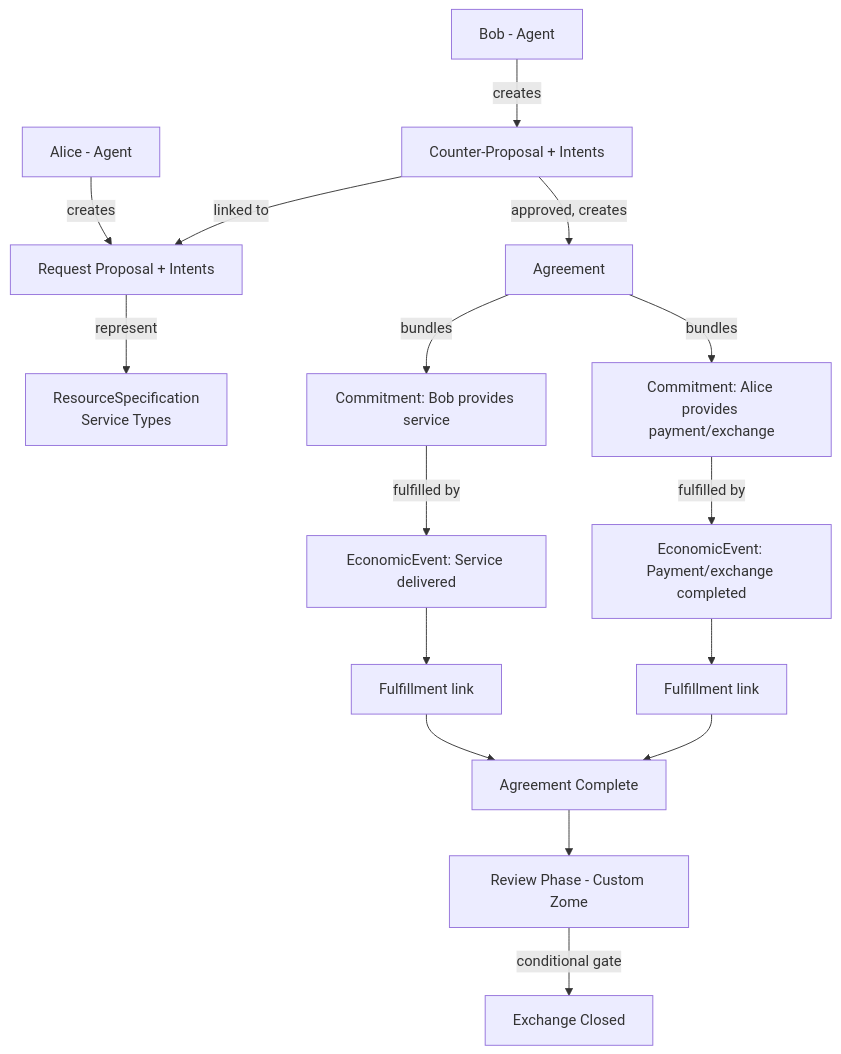
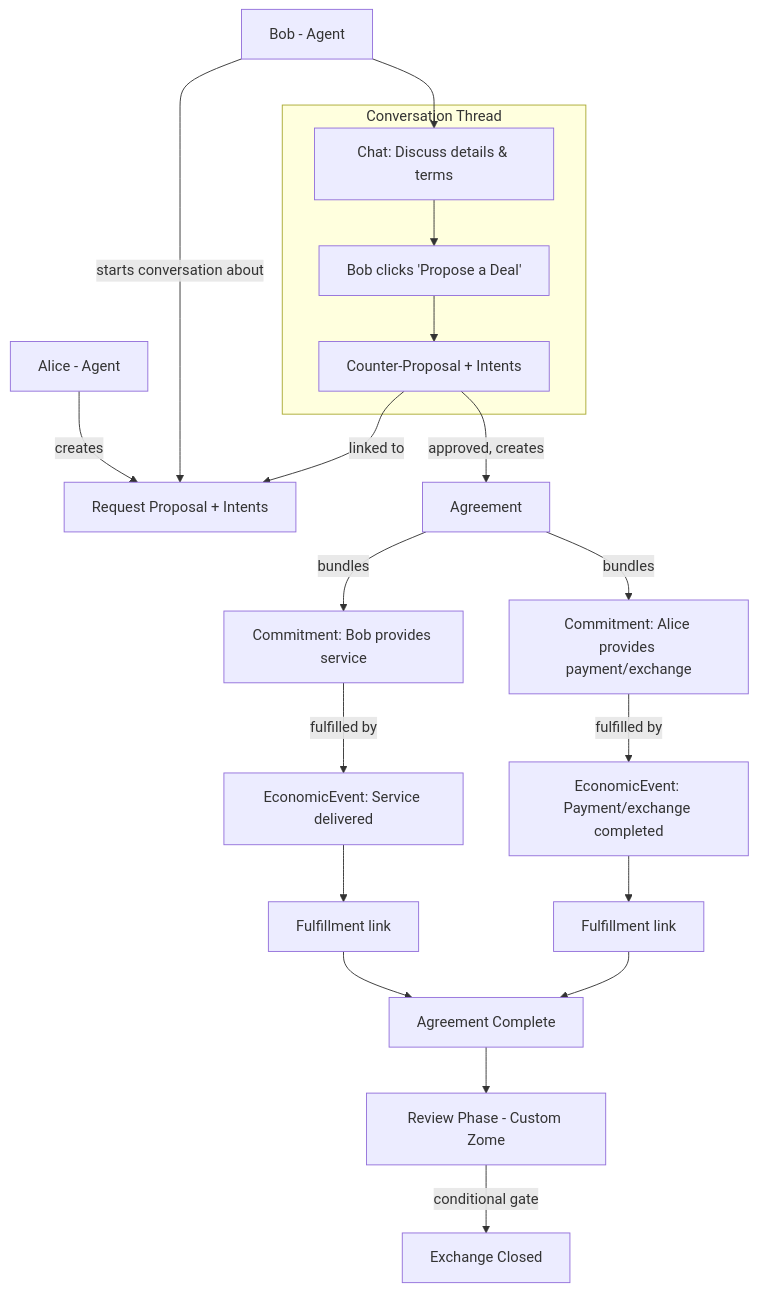
The second of 2 diagrams in documentation/requirements/post-mvp/exchange-process.md (happenings-community/requests-and-offers), drawn with Mermaid before and after one commit. The commit also changed other lines of this file and 4 other files, not shown here.

````diff
--- a/documentation/requirements/post-mvp/exchange-process.md
+++ b/documentation/requirements/post-mvp/exchange-process.md
@@ -98,24 +135,31 @@
 ```mermaid
 graph TD
     A[Alice - Agent] -- creates --> RP[Request Proposal + Intents]
-    B[Bob - Agent] -- creates --> CP[Counter-Proposal + Intents]
+    B[Bob - Agent] -- starts conversation about --> RP
 
-    RP -- represent --> RS[ResourceSpecification<br/>Service Types]
+    subgraph Conversation Thread
+        CHAT[Chat: Discuss details & terms]
+        PROPOSE[Bob clicks 'Propose a Deal']
+        CHAT --> PROPOSE
+        PROPOSE --> CP[Counter-Proposal + Intents]
+    end
+
+    B --> CHAT
     CP -- linked to --> RP
 
     CP -- approved, creates --> AG[Agreement]
     AG -- bundles --> C1[Commitment: Bob provides service]
     AG -- bundles --> C2[Commitment: Alice provides payment/exchange]
 
     C1 -- fulfilled by --> EE1[EconomicEvent: Service delivered]
     C2 -- fulfilled by --> EE2[EconomicEvent: Payment/exchange completed]
 
     EE1 --> F1[Fulfillment link]
     EE2 --> F2[Fulfillment link]
 
     F1 --> DONE[Agreement Complete]
     F2 --> DONE
 
     DONE --> REV[Review Phase - Custom Zome]
     REV -- conditional gate --> CLOSED[Exchange Closed]
 ```
````
